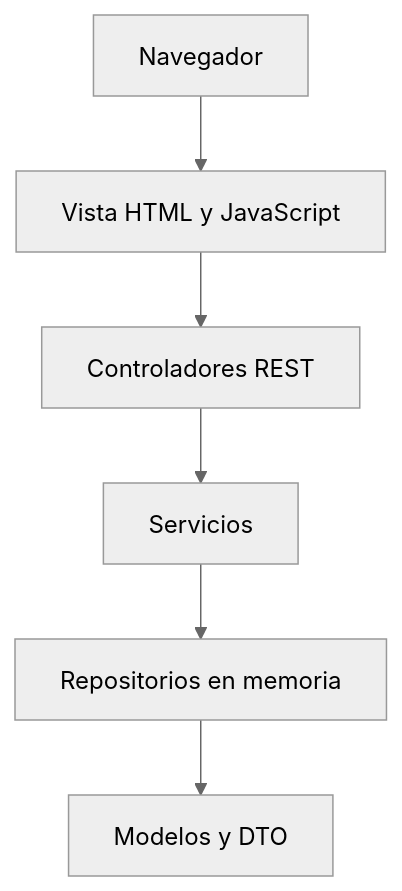
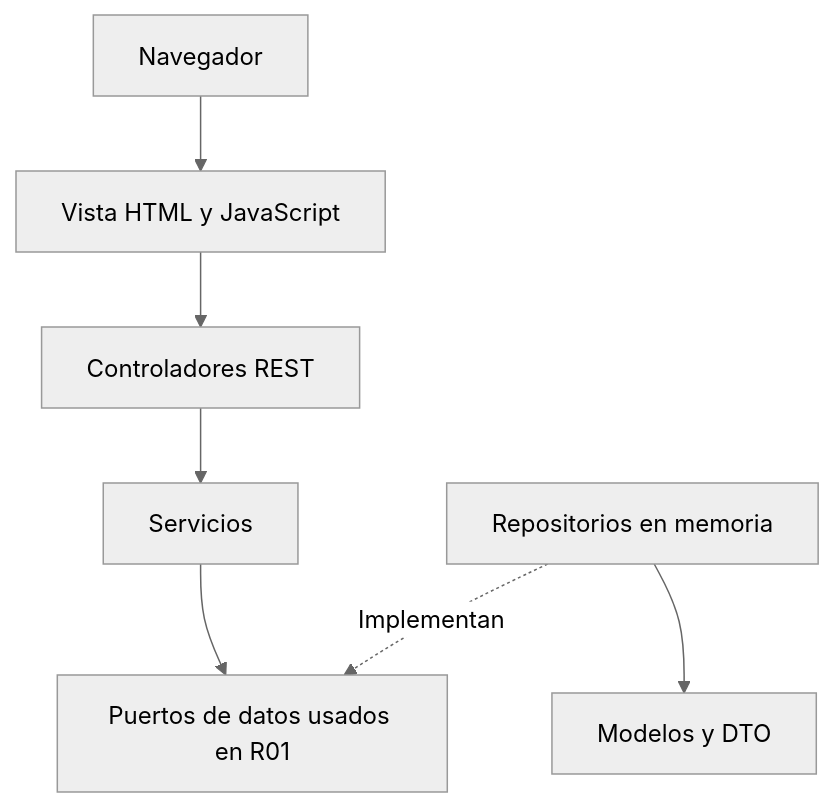
The diagram in docs/arquitectura.md (JuanFiligrana/Agrovalle-Conect), drawn with Mermaid (neutral theme) before and after one commit. The commit also changed other lines of this file and 23 other files, not shown here.

````diff
--- a/docs/arquitectura.md
+++ b/docs/arquitectura.md
@@ -9,8 +10,9 @@
 ```mermaid
 flowchart TD
     B["Navegador"] --> V["Vista HTML y JavaScript"]
     V --> C["Controladores REST"]
     C --> S["Servicios"]
-    S --> R["Repositorios en memoria"]
+    S --> P["Puertos de datos usados en R01"]
+    R["Repositorios en memoria"] -. "Implementan" .-> P
     R --> D["Modelos y DTO"]
 ```
````
